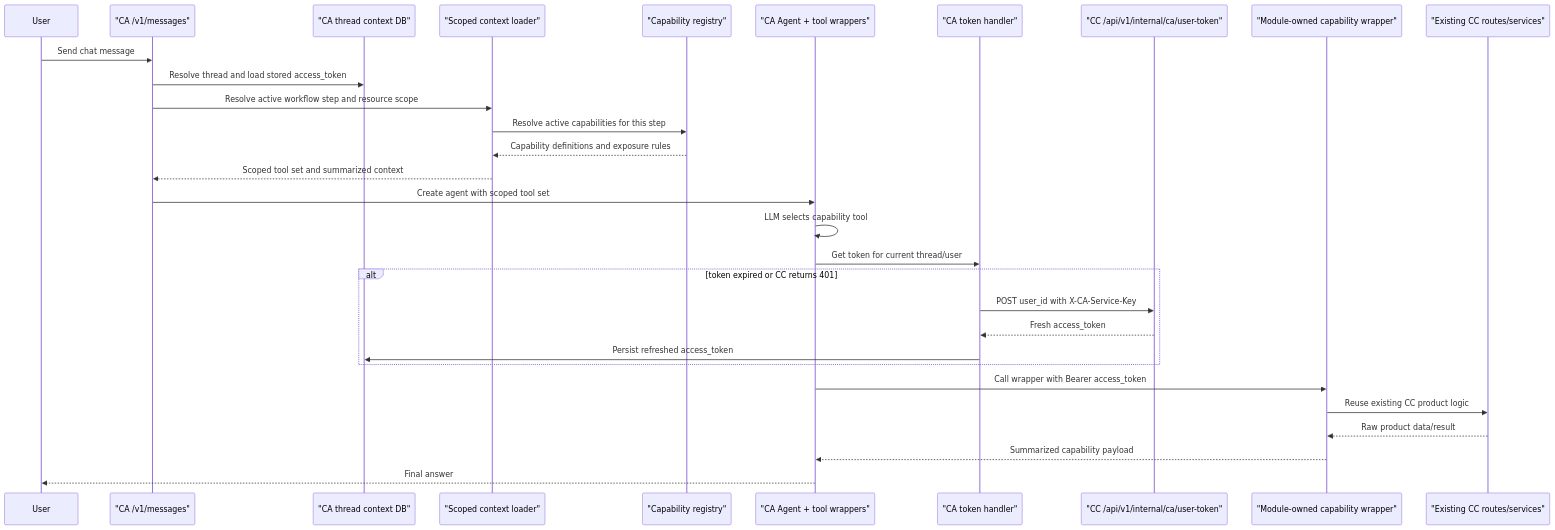
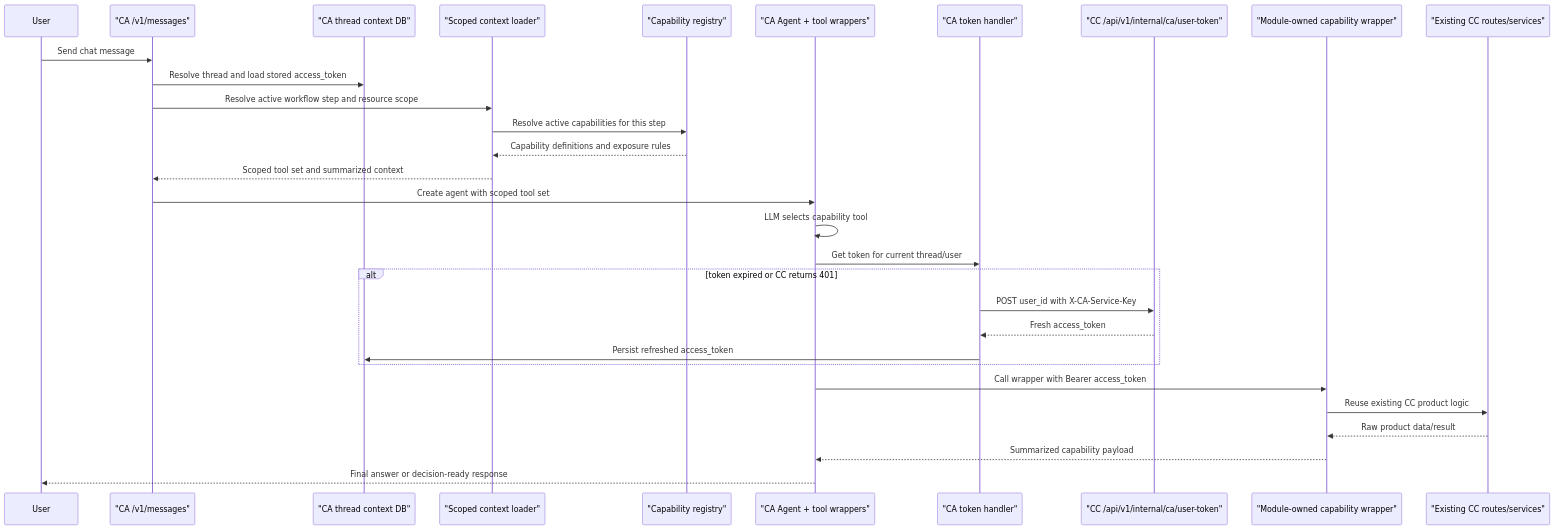
The diagram in docs/AgenticModuleScope.md (Open-Earth-Foundation/CityCatalyst), drawn with Mermaid before and after one commit. The commit also changed other lines of this file, not shown here.

````diff
--- a/docs/AgenticModuleScope.md
+++ b/docs/AgenticModuleScope.md
@@ -230,35 +230,35 @@
 ```mermaid
 sequenceDiagram
     participant User
     participant CAApi as "CA /v1/messages"
     participant ThreadDB as "CA thread context DB"
     participant Scope as "Scoped context loader"
     participant Registry as "Capability registry"
     participant Agent as "CA Agent + tool wrappers"
     participant Token as "CA token handler"
     participant CCAuth as "CC /api/v1/internal/ca/user-token"
     participant CCWrapper as "Module-owned capability wrapper"
     participant CCLogic as "Existing CC routes/services"
 
     User->>CAApi: Send chat message
     CAApi->>ThreadDB: Resolve thread and load stored access_token
     CAApi->>Scope: Resolve active workflow step and resource scope
     Scope->>Registry: Resolve active capabilities for this step
     Registry-->>Scope: Capability definitions and exposure rules
     Scope-->>CAApi: Scoped tool set and summarized context
     CAApi->>Agent: Create agent with scoped tool set
     Agent->>Agent: LLM selects capability tool
     Agent->>Token: Get token for current thread/user
 
     alt token expired or CC returns 401
         Token->>CCAuth: POST user_id with X-CA-Service-Key
         CCAuth-->>Token: Fresh access_token
         Token->>ThreadDB: Persist refreshed access_token
     end
 
     Agent->>CCWrapper: Call wrapper with Bearer access_token
     CCWrapper->>CCLogic: Reuse existing CC product logic
     CCLogic-->>CCWrapper: Raw product data/result
     CCWrapper-->>Agent: Summarized capability payload
-    Agent-->>User: Final answer
+    Agent-->>User: Final answer or decision-ready response
 ```
````
